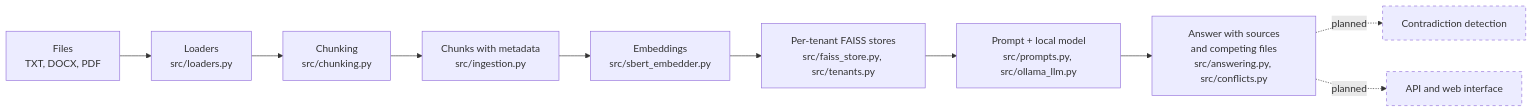
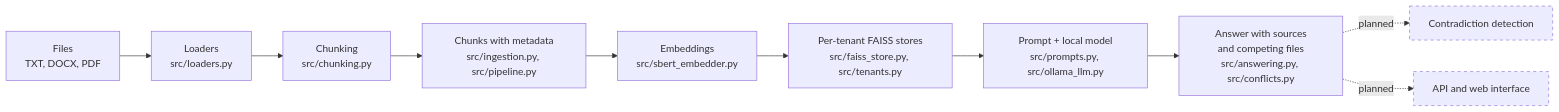
The diagram in README.md (Laiba-Qayyum/policylens), drawn with Mermaid before and after one commit. The commit also changed other lines of this file and 1 other file, not shown here.

````diff
--- a/README.md
+++ b/README.md
@@ -79,14 +85,14 @@
 ```mermaid
 flowchart LR
     A["Files<br/>TXT, DOCX, PDF"] --> B["Loaders<br/>src/loaders.py"]
     B --> C["Chunking<br/>src/chunking.py"]
-    C --> D["Chunks with metadata<br/>src/ingestion.py"]
+    C --> D["Chunks with metadata<br/>src/ingestion.py, src/pipeline.py"]
     D --> E["Embeddings<br/>src/sbert_embedder.py"]
     E --> F["Per-tenant FAISS stores<br/>src/faiss_store.py, src/tenants.py"]
     F --> G["Prompt + local model<br/>src/prompts.py, src/ollama_llm.py"]
     G --> H["Answer with sources<br/>and competing files<br/>src/answering.py, src/conflicts.py"]
     H -.->|planned| I["Contradiction detection"]
     H -.->|planned| J["API and web interface"]
     classDef planned stroke-dasharray: 5 5
     class I,J planned
 ```
````
